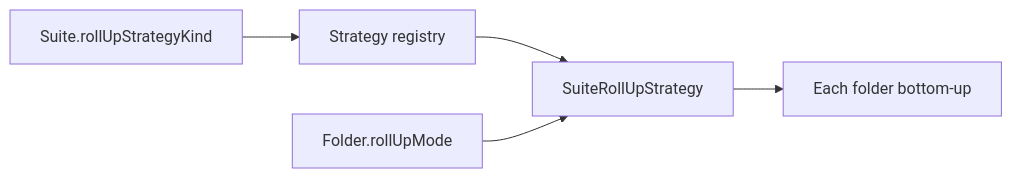
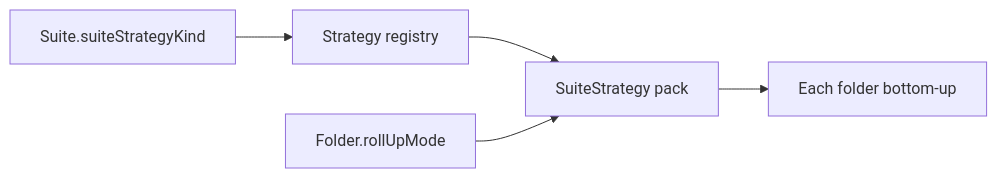
One commit to qpointz/objs changed the diagram in docs/design/policy/suites.md. Above: the diagram before and after it, drawn with Mermaid. The commit also changed other lines of this file and 5 other files, not shown here.

````diff
--- a/docs/design/policy/suites.md
+++ b/docs/design/policy/suites.md
@@ -180,10 +186,10 @@
 ```mermaid
 flowchart LR
-  suite[Suite.rollUpStrategyKind]
+  suite[Suite.suiteStrategyKind]
   reg[Strategy registry]
-  strat[SuiteRollUpStrategy]
+  strat[SuiteStrategy pack]
   mode[Folder.rollUpMode]
   folder[Each folder bottom-up]
   suite --> reg --> strat --> folder
   mode --> strat
 ```
````
